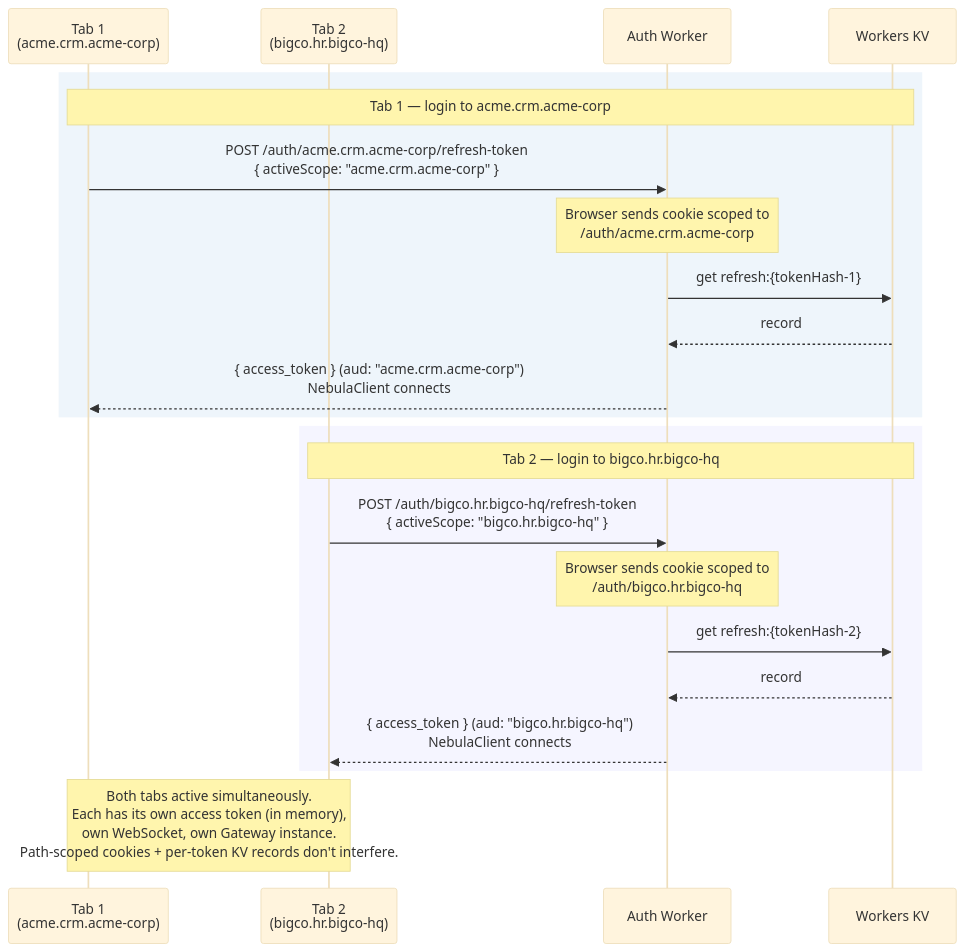
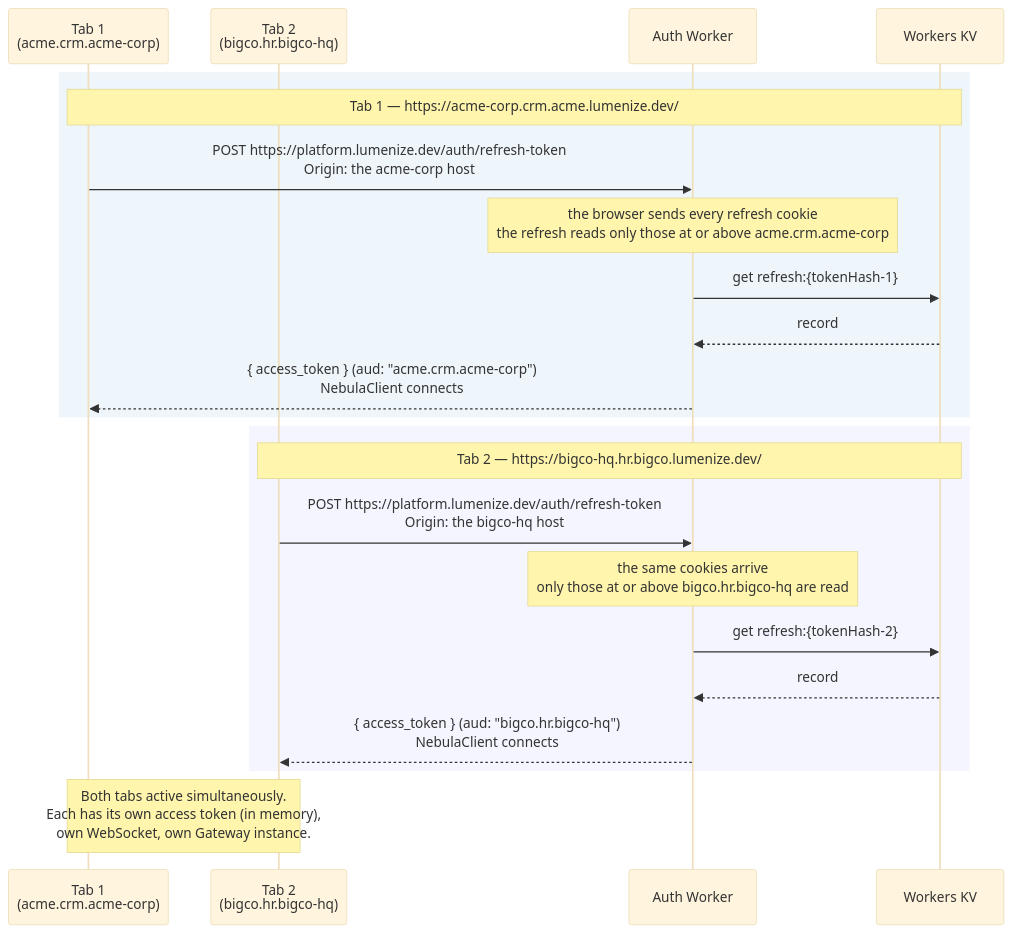
The fifth of 5 diagrams in website/docs/nebula/auth-flows.md (lumenize/lumenize), drawn with Mermaid (base theme) before and after one commit. The commit also changed other lines of this file and 324 other files, not shown here.

First line of the commit message:
feat(nebula): every scope on its own host, sessions on the platform host

````diff
--- a/website/docs/nebula/auth-flows.md
+++ b/website/docs/nebula/auth-flows.md
@@ -321,27 +262,27 @@
 ```mermaid
 sequenceDiagram
     participant T1 as Tab 1<br/>(acme.crm.acme-corp)
     participant T2 as Tab 2<br/>(bigco.hr.bigco-hq)
     participant W as Auth Worker
     participant KV as Workers KV
 
     rect rgba(200, 220, 240, 0.3)
-        Note over T1,KV: Tab 1 — login to acme.crm.acme-corp
-        T1->>W: POST /auth/acme.crm.acme-corp/refresh-token<br/>{ activeScope: "acme.crm.acme-corp" }
-        Note over W: Browser sends cookie scoped to<br/>/auth/acme.crm.acme-corp
+        Note over T1,KV: Tab 1 — https://acme-corp.crm.acme.lumenize.dev/
+        T1->>W: POST https://platform.lumenize.dev/auth/refresh-token<br/>Origin: the acme-corp host
+        Note over W: the browser sends every refresh cookie<br/>the refresh reads only those at or above acme.crm.acme-corp
         W->>KV: get refresh:{tokenHash-1}
         KV-->>W: record
         W-->>T1: { access_token } (aud: "acme.crm.acme-corp")<br/>NebulaClient connects
     end
 
     rect rgba(220, 220, 255, 0.3)
-        Note over T2,KV: Tab 2 — login to bigco.hr.bigco-hq
-        T2->>W: POST /auth/bigco.hr.bigco-hq/refresh-token<br/>{ activeScope: "bigco.hr.bigco-hq" }
-        Note over W: Browser sends cookie scoped to<br/>/auth/bigco.hr.bigco-hq
+        Note over T2,KV: Tab 2 — https://bigco-hq.hr.bigco.lumenize.dev/
+        T2->>W: POST https://platform.lumenize.dev/auth/refresh-token<br/>Origin: the bigco-hq host
+        Note over W: the same cookies arrive<br/>only those at or above bigco.hr.bigco-hq are read
         W->>KV: get refresh:{tokenHash-2}
         KV-->>W: record
         W-->>T2: { access_token } (aud: "bigco.hr.bigco-hq")<br/>NebulaClient connects
     end
 
-    Note over T1,T2: Both tabs active simultaneously.<br/>Each has its own access token (in memory),<br/>own WebSocket, own Gateway instance.<br/>Path-scoped cookies + per-token KV records don't interfere.
+    Note over T1,T2: Both tabs active simultaneously.<br/>Each has its own access token (in memory),<br/>own WebSocket, own Gateway instance.
 ```
````
